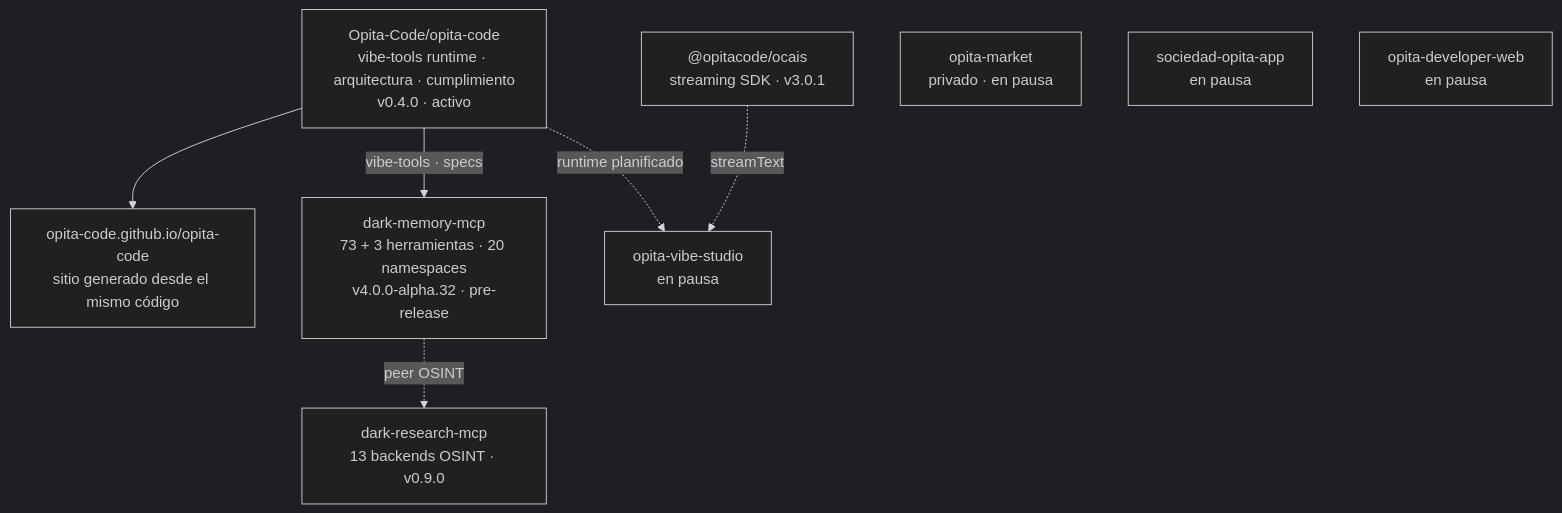
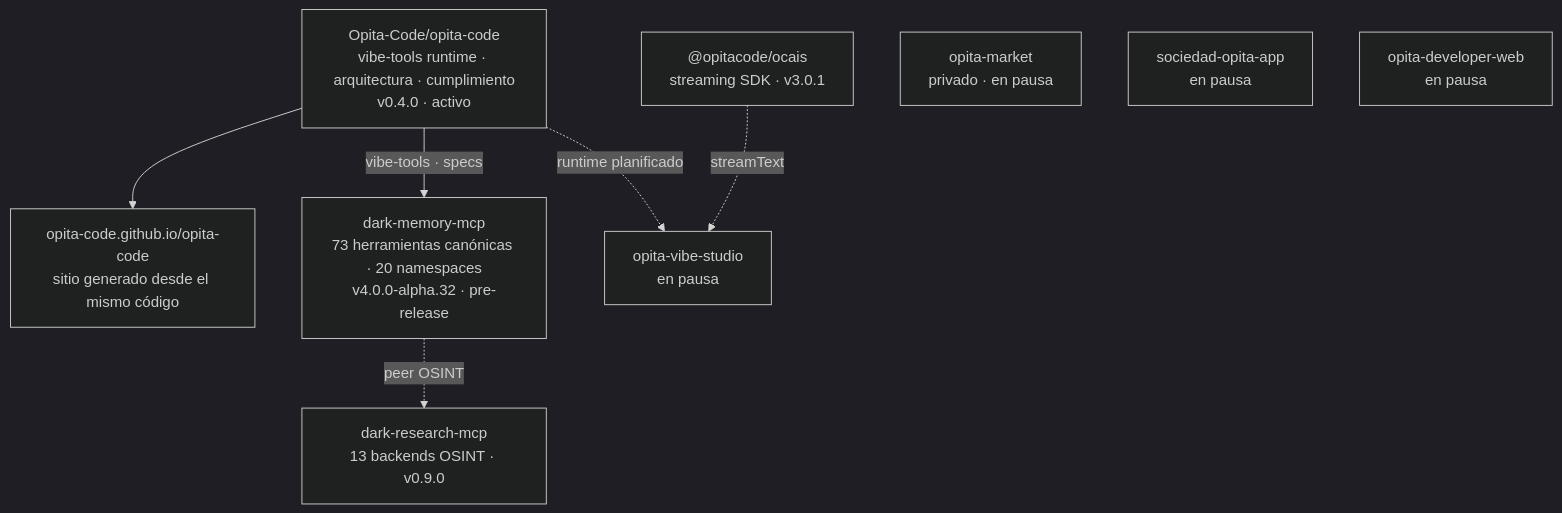
Before and after one commit to Opita-Code/.github: the diagram in profile/README.md, drawn with Mermaid (dark theme).

Commit message:
docs(profile): quitar el `+` del label del kernel en el diagrama
Por el mismo motivo defensivo del commit 6e6eee7: el renderer de Mermaid
de GitHub puede interpretar el `+` como delimitador. El conteo exacto
(73 canónicas + 3 adicionales) queda en la tabla de texto, que es donde
se lee sin ambigüedad.

````diff
--- a/profile/README.md
+++ b/profile/README.md
@@ -102,18 +102,18 @@
 ```mermaid
 graph TD
     CODE["Opita-Code/opita-code<br/>vibe-tools runtime · arquitectura · cumplimiento<br/>v0.4.0 · activo"]
     SITE["opita-code.github.io/opita-code<br/>sitio generado desde el mismo código"]
-    DM["dark-memory-mcp<br/>73 + 3 herramientas · 20 namespaces<br/>v4.0.0-alpha.32 · pre-release"]
+    DM["dark-memory-mcp<br/>73 herramientas canónicas · 20 namespaces<br/>v4.0.0-alpha.32 · pre-release"]
     DR["dark-research-mcp<br/>13 backends OSINT · v0.9.0"]
     SDK["@opitacode/ocais<br/>streaming SDK · v3.0.1"]
     VS["opita-vibe-studio<br/>en pausa"]
     MK["opita-market<br/>privado · en pausa"]
     SO["sociedad-opita-app<br/>en pausa"]
     DEV["opita-developer-web<br/>en pausa"]
 
     CODE --> SITE
     CODE -->|"vibe-tools · specs"| DM
     DM -.->|"peer OSINT"| DR
     CODE -.->|"runtime planificado"| VS
     SDK -.->|"streamText"| VS
 ```
````
